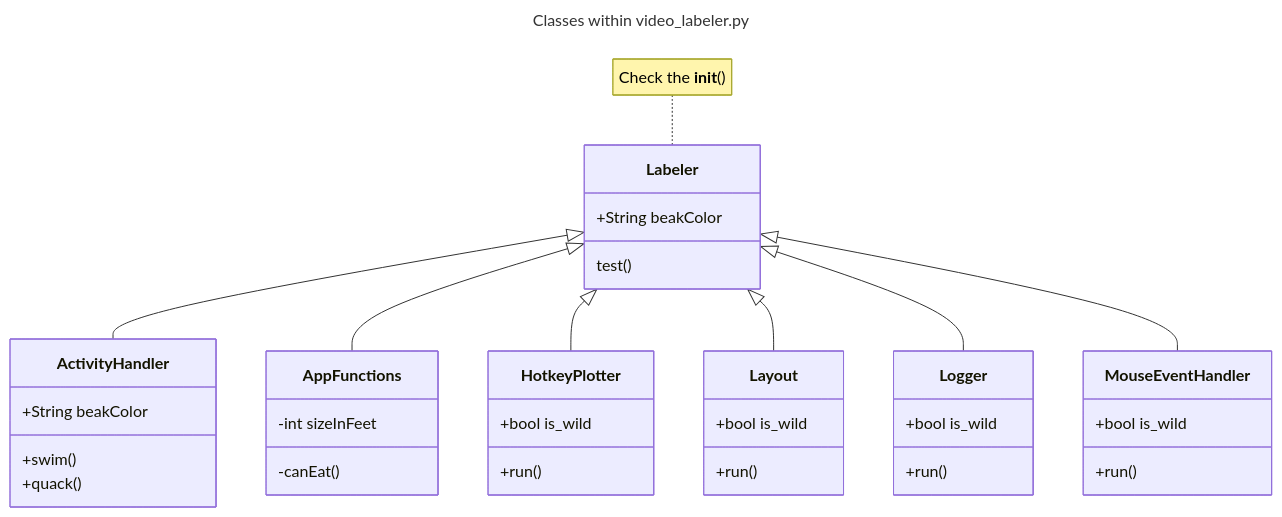
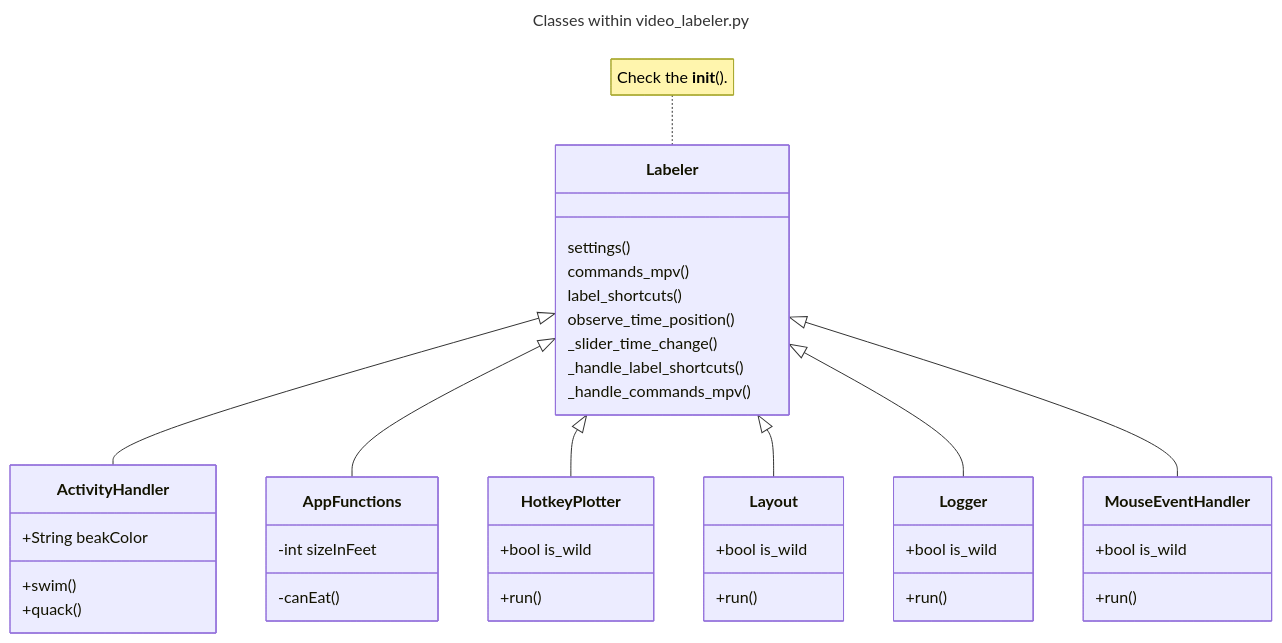
One commit to VitaliKStud/video-labeler changed the diagram in README.md. Above: the diagram before and after it, drawn with Mermaid.

Commit message:
test-markdown

````diff
--- a/README.md
+++ b/README.md
@@ -50,40 +50,45 @@
 ```mermaid
 ---
 title: Classes within video_labeler.py
 ---
 classDiagram
-    note for Labeler "Check the __init__()"
+    note for Labeler "Check the __init__(). "
     Labeler <|-- ActivityHandler
     Labeler <|-- AppFunctions
     Labeler <|-- HotkeyPlotter
     Labeler <|-- Layout
     Labeler <|-- Logger
     Labeler <|-- MouseEventHandler
-    Labeler: +String beakColor
-    Labeler : test()
+    Labeler : settings()
+    Labeler : commands_mpv()
+    Labeler : label_shortcuts()
+    Labeler : observe_time_position()
+    Labeler : _slider_time_change()
+    Labeler : _handle_label_shortcuts()
+    Labeler : _handle_commands_mpv()
     class ActivityHandler{
         +String beakColor
         +swim()
         +quack()
     }
     class AppFunctions{
         -int sizeInFeet
         -canEat()
     }
     class HotkeyPlotter{
         +bool is_wild
         +run()
     }
     class Layout{
         +bool is_wild
         +run()
     }
     class Logger{
         +bool is_wild
         +run()
     }
     class MouseEventHandler{
         +bool is_wild
         +run()
     }
 ```
````
